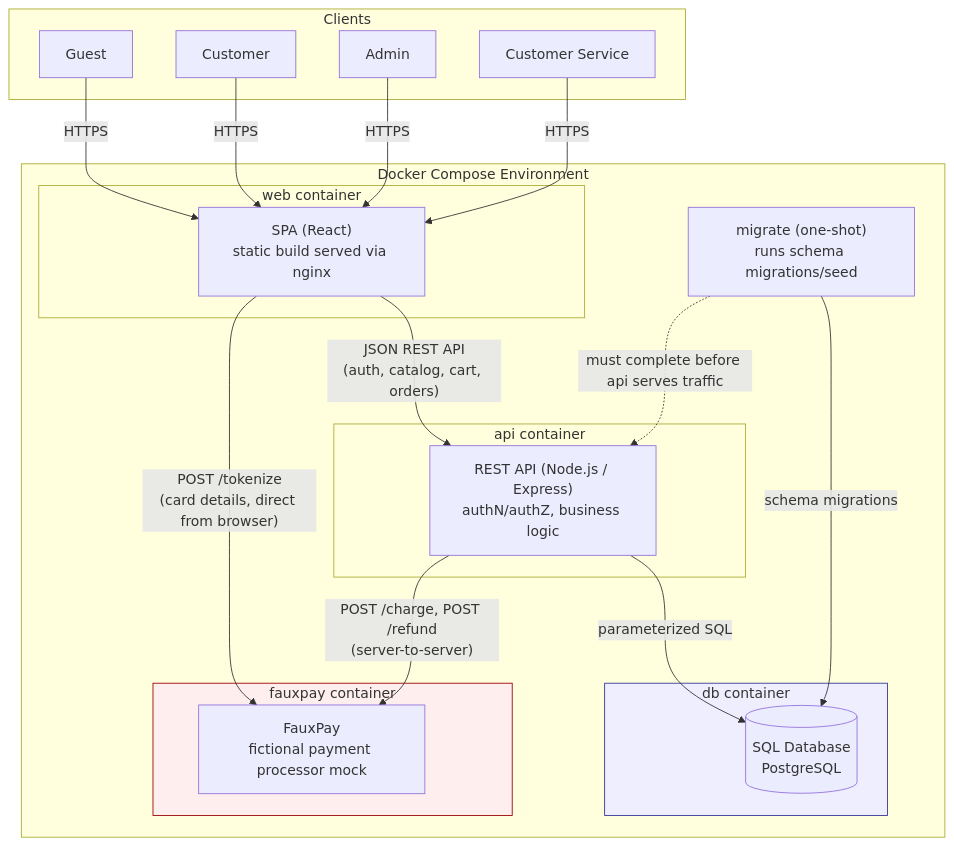
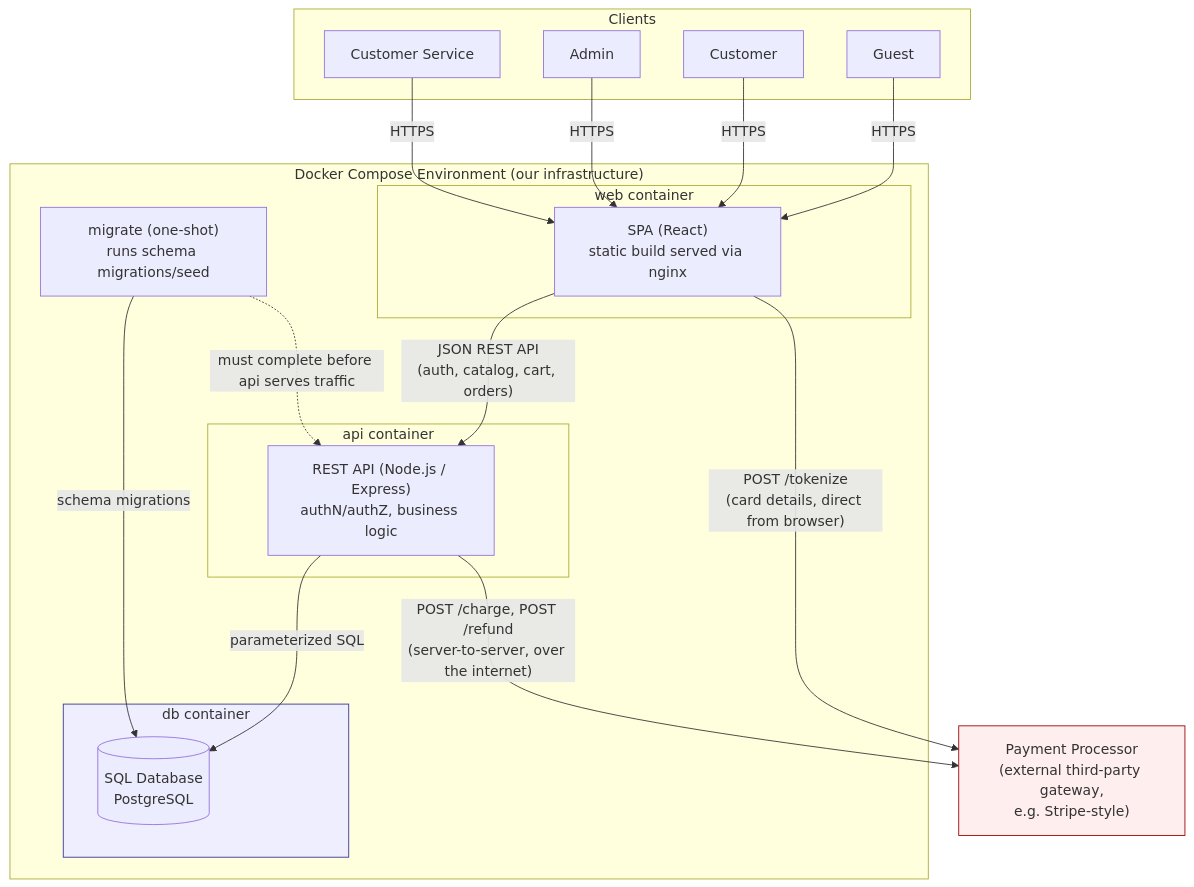
The first of 7 diagrams in DESIGN.md (eweinmanepam/Remediation-Engineer-Sample-Application), drawn with Mermaid before and after one commit. The commit also changed other lines of this file, not shown here.

First line of the commit message:
Describe payment processor as a real external gateway, not a fictional mock

````diff
--- a/DESIGN.md
+++ b/DESIGN.md
@@ -45,46 +45,44 @@
 ```mermaid
 flowchart TB
     subgraph clients["Clients"]
         guest["Guest"]
         customer["Customer"]
         admin["Admin"]
         cs["Customer Service"]
     end
 
-    subgraph dockerhost["Docker Compose Environment"]
+    subgraph dockerhost["Docker Compose Environment (our infrastructure)"]
         subgraph webc["web container"]
             spa["SPA (React)\nstatic build served via nginx"]
         end
 
         subgraph apic["api container"]
             api["REST API (Node.js / Express)\nauthN/authZ, business logic"]
         end
 
         subgraph dbc["db container"]
             db[("SQL Database\nPostgreSQL")]
         end
 
-        subgraph faux["fauxpay container"]
-            fauxpay["FauxPay\nfictional payment processor mock"]
-        end
-
         migrate["migrate (one-shot)\nruns schema migrations/seed"]
     end
+
+    processor["Payment Processor\n(external third-party gateway,\ne.g. Stripe-style)"]
 
     guest -->|HTTPS| spa
     customer -->|HTTPS| spa
     admin -->|HTTPS| spa
     cs -->|HTTPS| spa
 
     spa -->|"JSON REST API\n(auth, catalog, cart, orders)"| api
-    spa -->|"POST /tokenize\n(card details, direct from browser)"| fauxpay
+    spa -->|"POST /tokenize\n(card details, direct from browser)"| processor
 
     api -->|"parameterized SQL"| db
-    api -->|"POST /charge, POST /refund\n(server-to-server)"| fauxpay
+    api -->|"POST /charge, POST /refund\n(server-to-server, over the internet)"| processor
 
     migrate -->|"schema migrations"| db
     migrate -.->|"must complete before api serves traffic"| api
 
-    style faux fill:#fee,stroke:#900
+    style processor fill:#fee,stroke:#900
     style dbc fill:#eef,stroke:#339
 ```
````
